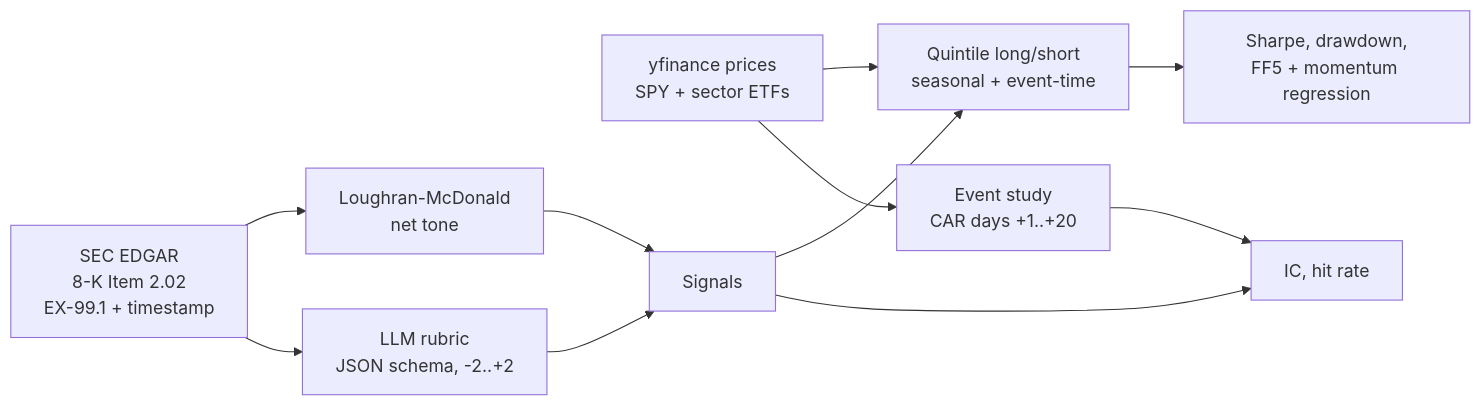
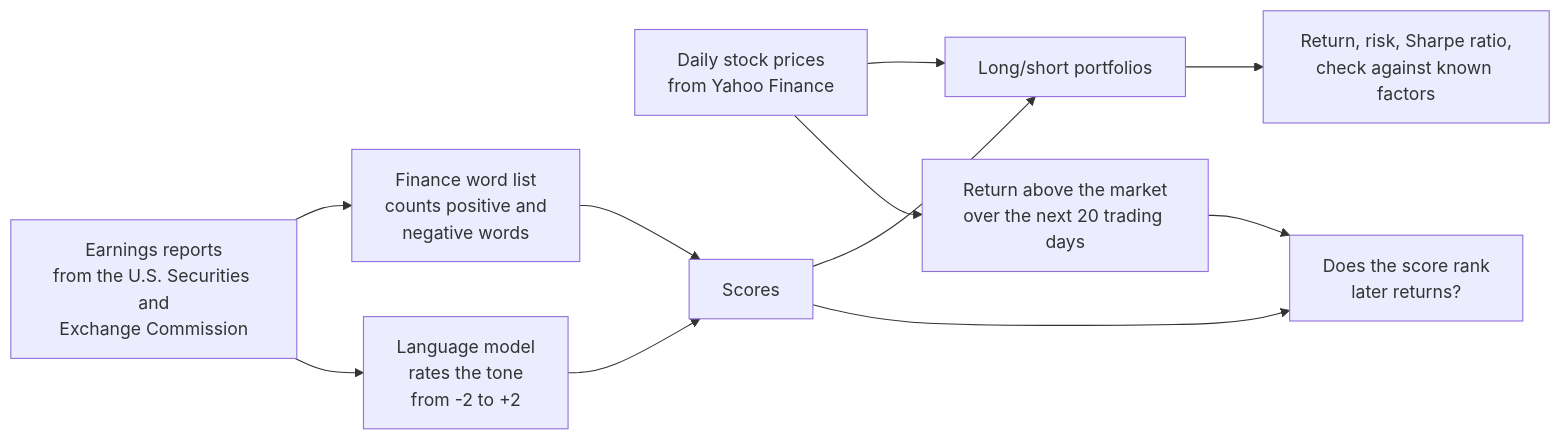
One commit to pooja003-cloud/llm-earnings-signal changed the diagram in README.md. Above: the diagram before and after it, drawn with Mermaid. The commit also changed other lines of this file and 6 other files, not shown here.

Commit message:
Rewrite README in plain English; full names in tables and charts

````diff
--- a/README.md
+++ b/README.md
@@ -94,13 +140,13 @@
 ```mermaid
 flowchart LR
-  A[SEC EDGAR<br/>8-K Item 2.02<br/>EX-99.1 + timestamp] --> C[LLM rubric<br/>JSON schema, -2..+2]
-  A --> D[Loughran-McDonald<br/>net tone]
-  B[yfinance prices<br/>SPY + sector ETFs] --> E[Event study<br/>CAR days +1..+20]
-  C --> F[Signals]
+  A["Earnings reports<br/>from the U.S. Securities and<br/>Exchange Commission"] --> C["Language model<br/>rates the tone<br/>from -2 to +2"]
+  A --> D["Finance word list<br/>counts positive and<br/>negative words"]
+  B["Daily stock prices<br/>from Yahoo Finance"] --> E["Return above the market<br/>over the next 20 trading days"]
+  C --> F[Scores]
   D --> F
-  E --> G[IC, hit rate]
+  E --> G["Does the score rank<br/>later returns?"]
   F --> G
-  F --> H[Quintile long/short<br/>seasonal + event-time]
+  F --> H["Long/short portfolios"]
   B --> H
-  H --> I[Sharpe, drawdown,<br/>FF5 + momentum regression]
+  H --> I["Return, risk, Sharpe ratio,<br/>check against known factors"]
 ```
````
